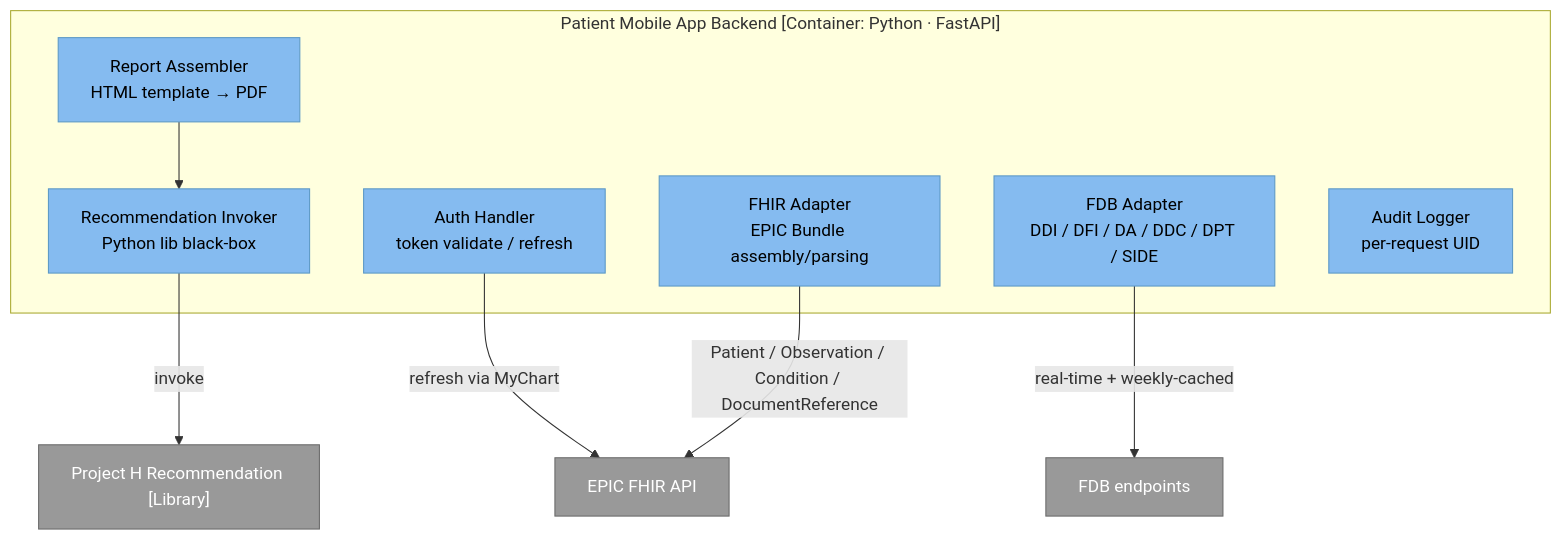
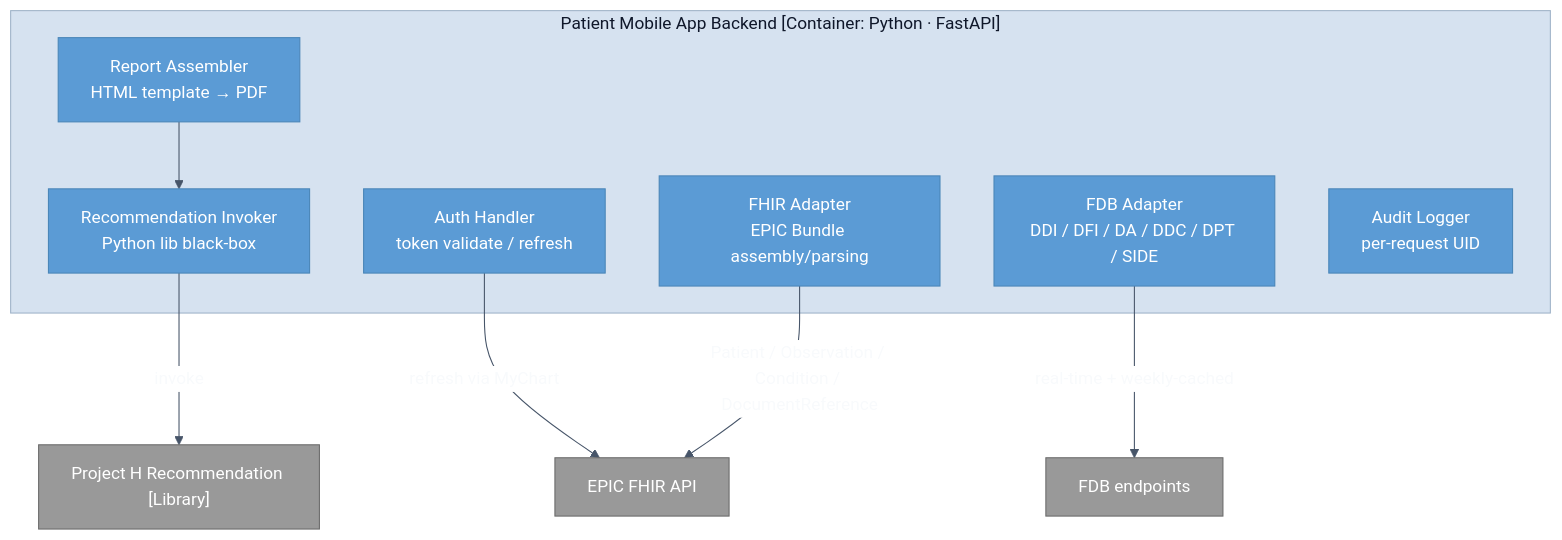
One commit to andreidzemianchyk/ai-doc-sample changed the diagram in docs/architecture/diagrams/c4-l3-mobile-backend.md. Above: the diagram before and after it, drawn with Mermaid. The commit also changed 9 other files, not shown here.

Commit message:
Align Mermaid fullscreen and inline rendering

````diff
--- a/docs/architecture/diagrams/c4-l3-mobile-backend.md
+++ b/docs/architecture/diagrams/c4-l3-mobile-backend.md
@@ -7,25 +7,25 @@
 ```mermaid
-%%{init: {'themeCSS': '.nodeLabel p,.nodeLabel span,.nodeLabel b,.nodeLabel i{color:#f8fafc !important;} .edgeLabel,.edgeLabel p,.edgeLabel span,.edgeLabel foreignObject div{color:#0f172a !important;} .edgeLabel foreignObject div{background:#ffffff !important;border-radius:2px;padding:1px 3px;} .labelBkg{fill:#ffffff !important;}'}}%%
+%%{init: {"theme":"base","themeVariables":{"primaryColor":"#5b9bd5","primaryBorderColor":"#4a86b8","primaryTextColor":"#f8fafc","secondaryColor":"#d6e2f0","secondaryBorderColor":"#9fb3c8","secondaryTextColor":"#0f172a","tertiaryColor":"#d6e2f0","tertiaryBorderColor":"#9fb3c8","tertiaryTextColor":"#0f172a","clusterBkg":"#d6e2f0","clusterBorder":"#9fb3c8","lineColor":"#475569","textColor":"#0f172a","background":"#ffffff","mainBkg":"#5b9bd5","secondBkg":"#d6e2f0","tertiaryBkg":"#d6e2f0","edgeLabelBackground":"#ffffff"},"themeCSS":".nodeLabel p,.nodeLabel span,.nodeLabel b,.nodeLabel i{color:#f8fafc !important;} .edgeLabel,.edgeLabel p,.edgeLabel span,.edgeLabel foreignObject div{color:#0f172a !important;} .edgeLabel foreignObject div{background:#ffffff !important;border-radius:2px;padding:1px 3px;} .labelBkg{fill:#ffffff !important;}"}}%%
 flowchart TB
-    classDef component fill:#85bbf0,stroke:#5d99c6,color:#000
+    classDef component fill:#5b9bd5,stroke:#4a86b8,color:#fff
     classDef ext fill:#999,stroke:#6B6B6B,color:#fff
 
     subgraph PMB["Patient Mobile App Backend [Container: Python · FastAPI]"]
         AH["Auth Handler<br/>token validate / refresh"]:::component
         FA["FHIR Adapter<br/>EPIC Bundle assembly/parsing"]:::component
         FDA["FDB Adapter<br/>DDI / DFI / DA / DDC / DPT / SIDE"]:::component
         RA["Report Assembler<br/>HTML template → PDF"]:::component
         RI["Recommendation Invoker<br/>Python lib black-box"]:::component
         AL["Audit Logger<br/>per-request UID"]:::component
     end
 
     EP[EPIC FHIR API]:::ext
     FDB[FDB endpoints]:::ext
     KR["Project H Recommendation [Library]"]:::ext
 
     AH -- "refresh via MyChart" --> EP
     FA -- "Patient / Observation / Condition / DocumentReference" --> EP
     FDA -- "real-time + weekly-cached" --> FDB
     RA --> RI
     RI -- "invoke" --> KR
 ```
````
